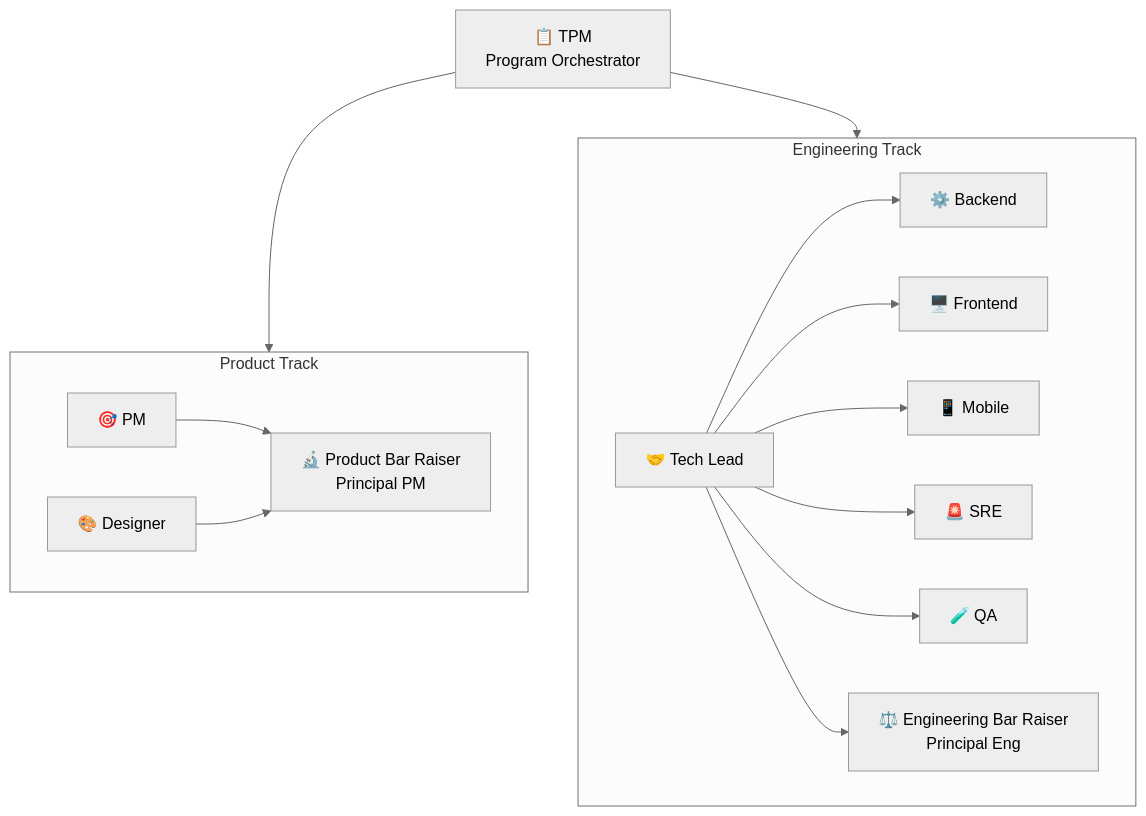
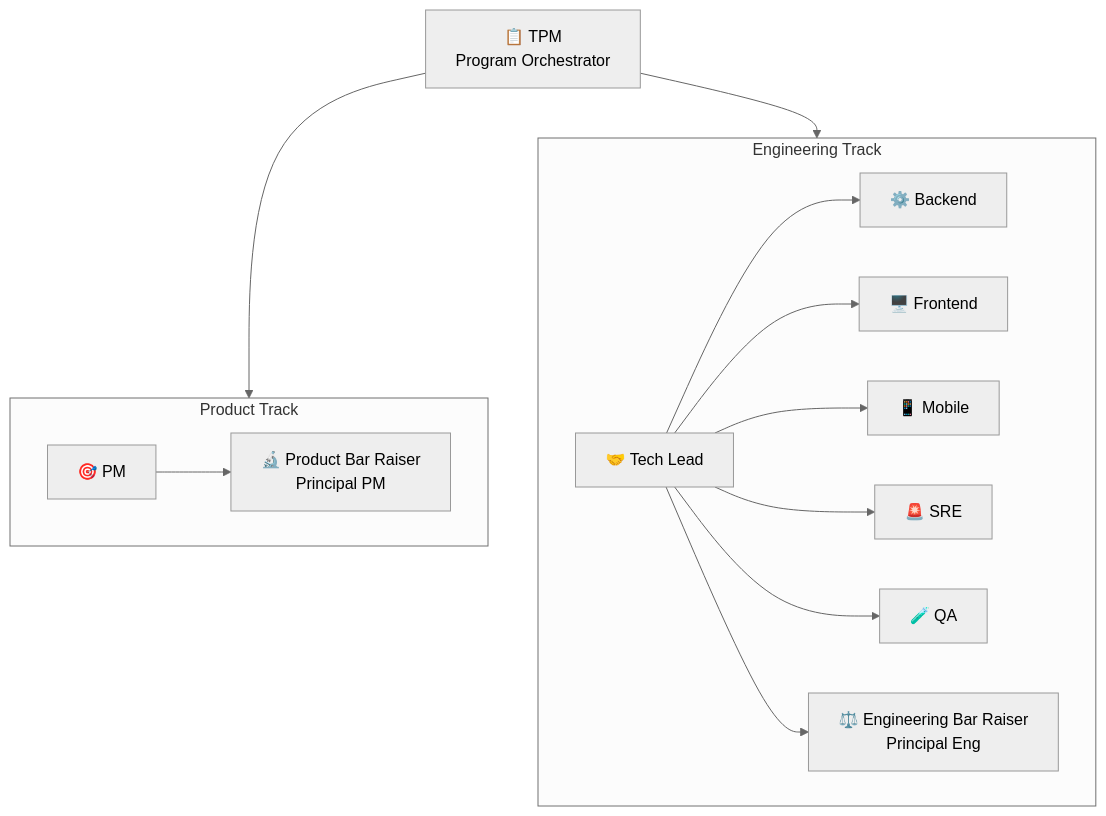
One commit to im-adarsh/brocode changed the fifth of 7 diagrams in README.md. Above: the diagram before and after it, drawn with Mermaid (neutral theme). The commit also changed other lines of this file and 8 other files, not shown here.

````diff
--- a/README.md
+++ b/README.md
@@ -237,26 +234,24 @@
 ```mermaid
 flowchart TD
     TPM["📋 TPM\nProgram Orchestrator"]
 
     subgraph PROD["Product Track"]
         PM["🎯 PM"]
-        DS["🎨 Designer"]
         PBR["🔬 Product Bar Raiser\nPrincipal PM"]
     end
 
     subgraph ENG["Engineering Track"]
         TL["🤝 Tech Lead"]
         BE["⚙️ Backend"]
         FE["🖥️ Frontend"]
         MOB["📱 Mobile"]
         SRE["🚨 SRE"]
         QA["🧪 QA"]
         EBR["⚖️ Engineering Bar Raiser\nPrincipal Eng"]
     end
 
     TPM --> PROD & ENG
     PM --> PBR
-    DS --> PBR
     TL --> BE & FE & MOB & SRE & QA
     TL --> EBR
 ```
````
